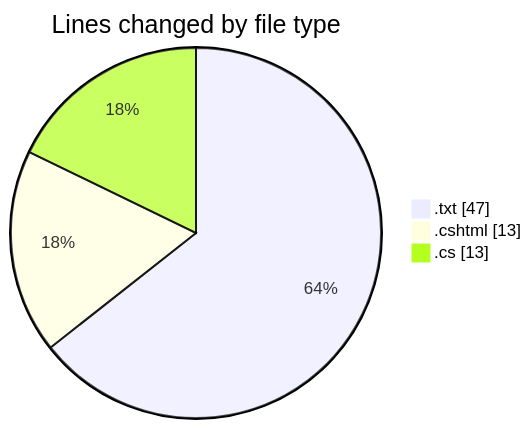
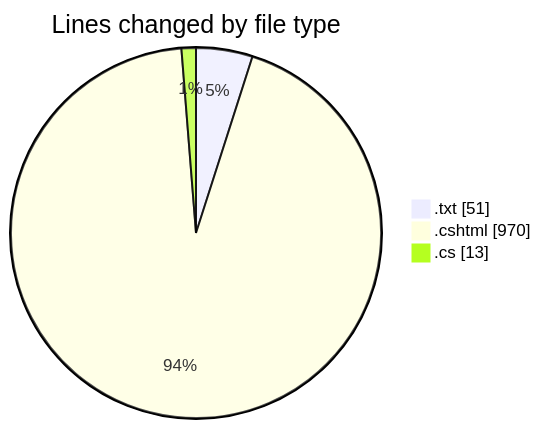
One commit to lephambinh05/code-tracking changed the first of 2 diagrams in 2025-07-25/quanlyrapchieuphim-1/README.md. Above: the diagram before and after it, drawn with Mermaid. The commit also changed other lines of this file and 1 other file, not shown here.

````diff
--- a/2025-07-25/quanlyrapchieuphim-1/README.md
+++ b/2025-07-25/quanlyrapchieuphim-1/README.md
@@ -22,7 +23,7 @@
 ```mermaid
 pie showData
 title Lines changed by file type
-".txt" : 47
-".cshtml" : 13
+".txt" : 51
+".cshtml" : 970
 ".cs" : 13
 ```
````
